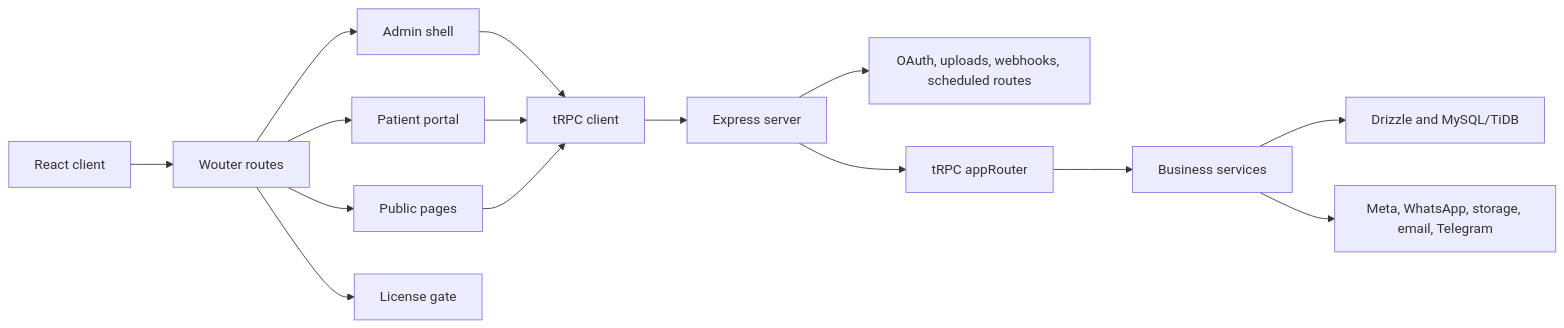
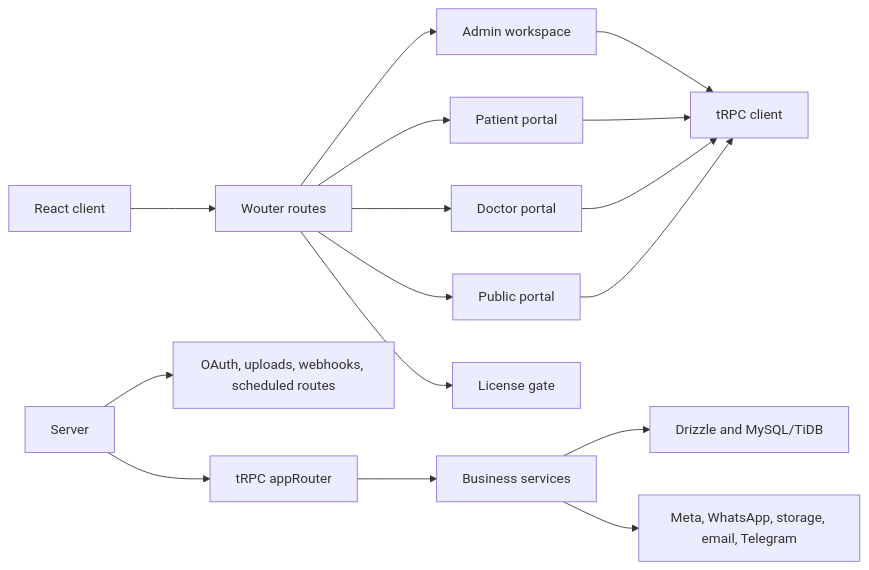
One commit to wheb3543/bocam changed the diagram in docs/SYSTEM_DEFINITION.md. Above: the diagram before and after it, drawn with Mermaid. The commit also changed other lines of this file and 9 other files, not shown here.

First line of the commit message:
docs(architecture): update documentation for frontend modular structure

````diff
--- a/docs/SYSTEM_DEFINITION.md
+++ b/docs/SYSTEM_DEFINITION.md
@@ -27,17 +28,18 @@
 ```mermaid
 flowchart LR
     Browser[React client] --> Router[Wouter routes]
-    Router --> Public[Public pages]
-    Router --> Admin[Admin shell]
+    Router --> Public[Public portal]
+    Router --> Admin[Admin workspace]
     Router --> Patient[Patient portal]
+    Router --> Doctor[Doctor portal]
     Router --> License[License gate]
     Admin --> TRPC[tRPC client]
     Patient --> TRPC
+    Doctor --> TRPC
     Public --> TRPC
-    TRPC --> Server[Express server]
     Server --> REST[OAuth, uploads, webhooks, scheduled routes]
     Server --> Procedures[tRPC appRouter]
     Procedures --> Services[Business services]
     Services --> DB[Drizzle and MySQL/TiDB]
     Services --> External[Meta, WhatsApp, storage, email, Telegram]
 ```
````
